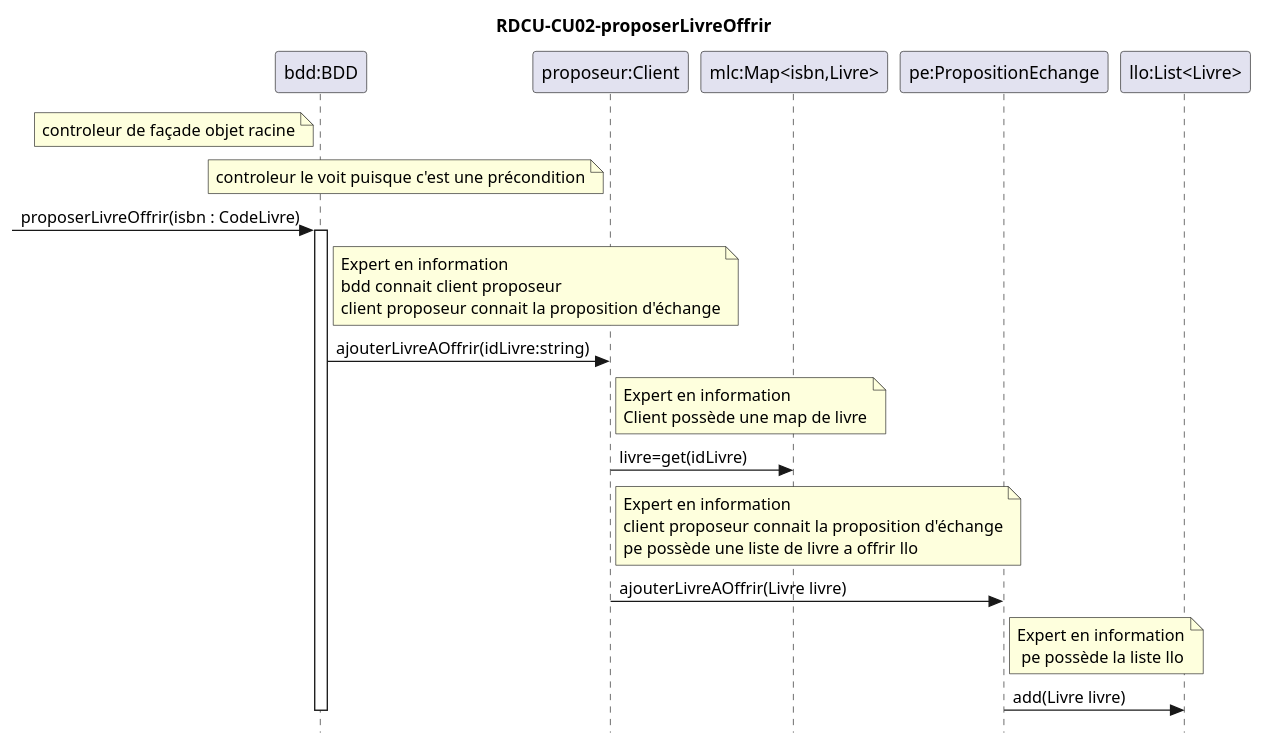
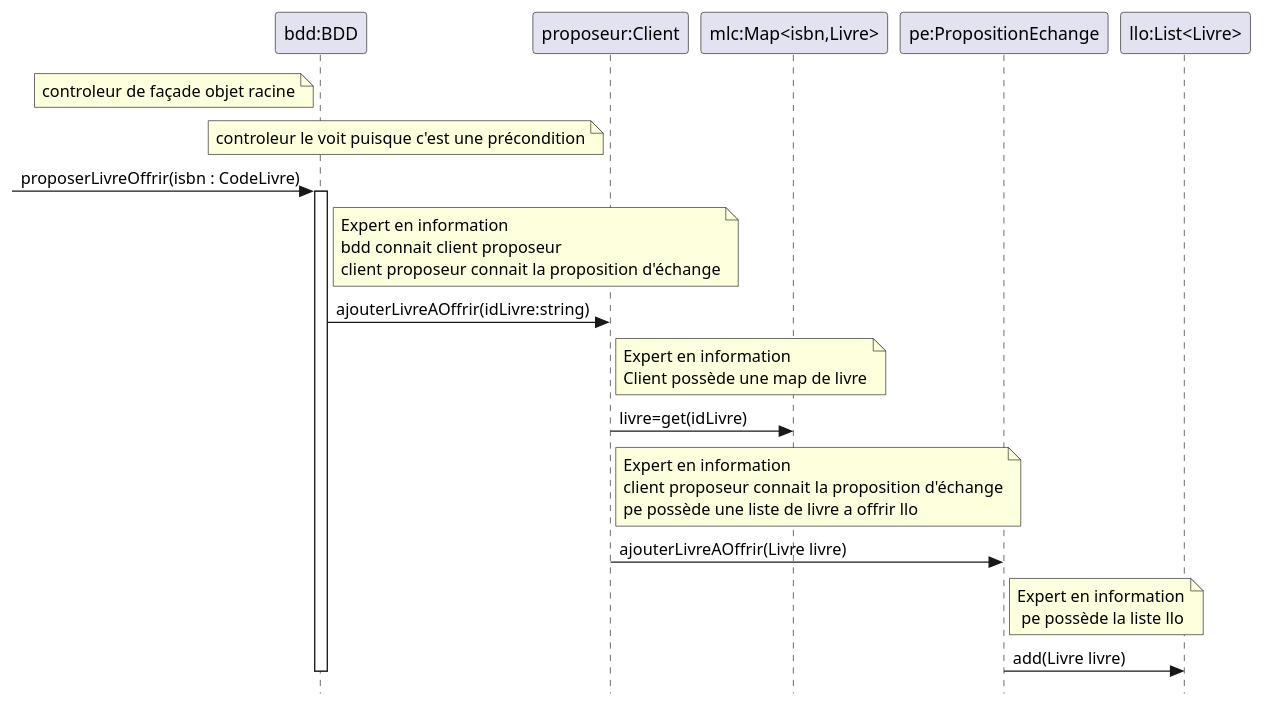
Before and after one commit to yvanross/LOG210-exercices: diagram 11 of 14 in DCU-CU-MDD-DSS-CON-RDCU-DCC/MDD-DSS-CON-RDCU-DCL-systeme-echange-livre.md, drawn with PlantUML. The commit also changed other lines of this file and 50 other files, not shown here.

````diff
--- a/DCU-CU-MDD-DSS-CON-RDCU-DCC/MDD-DSS-CON-RDCU-DCL-systeme-echange-livre.md
+++ b/DCU-CU-MDD-DSS-CON-RDCU-DCC/MDD-DSS-CON-RDCU-DCL-systeme-echange-livre.md
@@ -488,28 +482,27 @@
 ```plantuml
 @startuml
-title RDCU-CU02-proposerLivreOffrir
 skinparam style strictuml
 participant "bdd:BDD" as CTRL
 note left of CTRL: controleur de façade objet racine
 participant "proposeur:Client" as CP
 note left of CP: controleur le voit puisque c'est une précondition
 participant  "mlc:Map<isbn,Livre>" as MLC
 participant "pe:PropositionEchange" as PE
 participant "llo:List<Livre>" as LLO
 ->CTRL: proposerLivreOffrir(isbn : CodeLivre)
 activate CTRL
 
 note right of CTRL: Expert en information\nbdd connait client proposeur\nclient proposeur connait la proposition d'échange
 CTRL -> CP:ajouterLivreAOffrir(idLivre:string)
 
 note right of CP: Expert en information\nClient possède une map de livre
 CP -> MLC: livre=get(idLivre)
 
 note right of CP: Expert en information\nclient proposeur connait la proposition d'échange\npe possède une liste de livre a offrir llo
 CP -> PE:ajouterLivreAOffrir(Livre livre)
 
 note right of PE: Expert en information\n pe possède la liste llo
 PE -> LLO: add(Livre livre)
 deactivate CTRL
 @enduml
 ```
````
